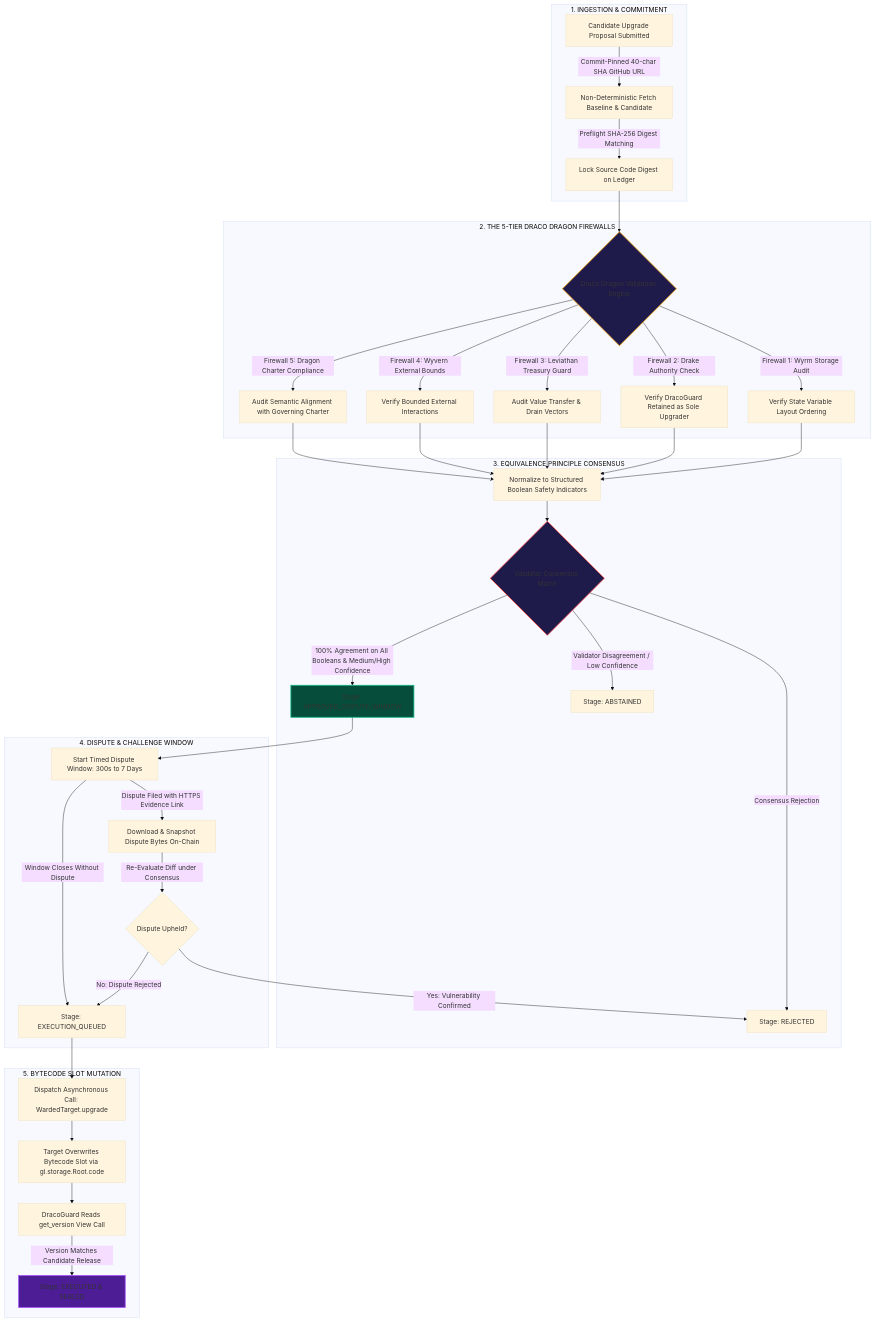
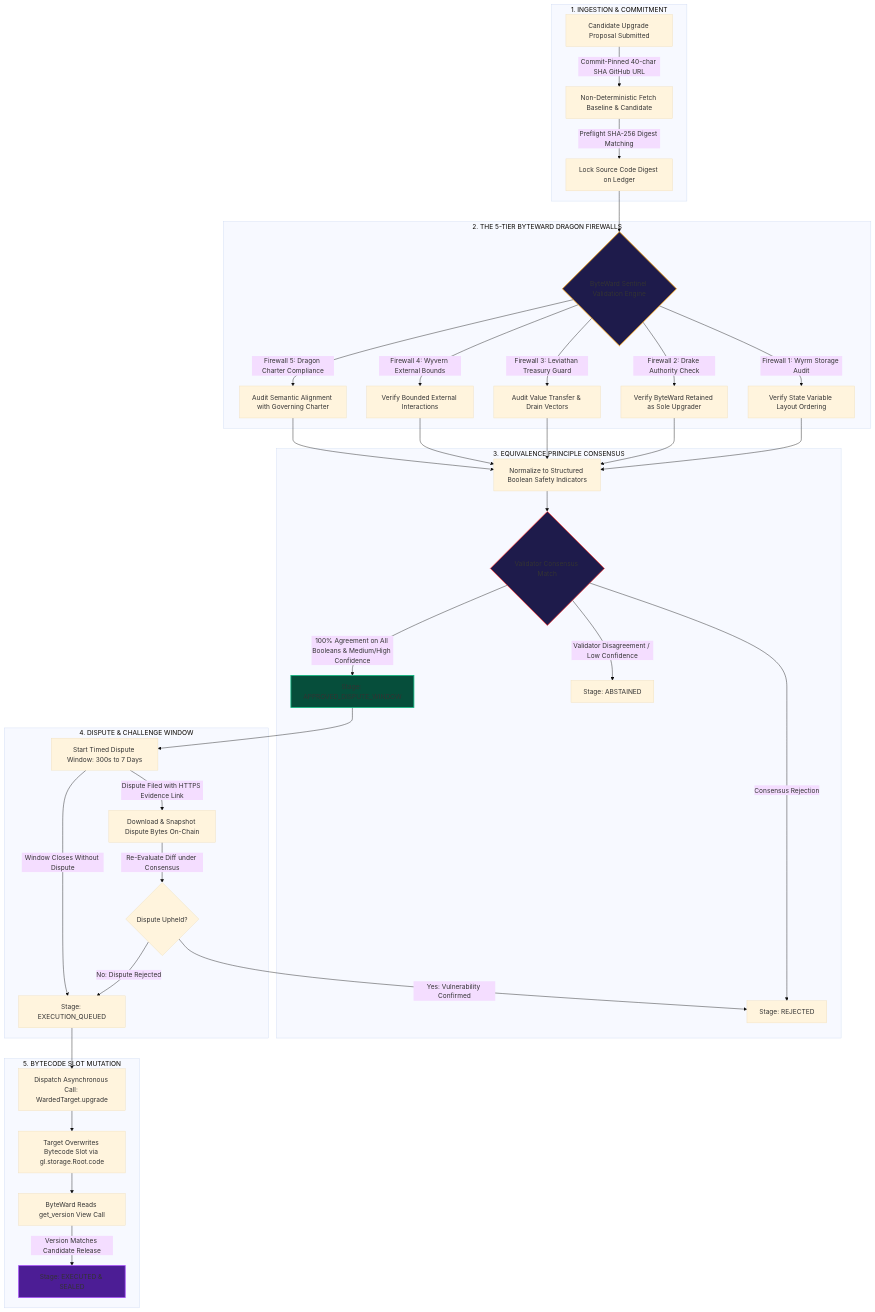
The diagram in README.md (ODbeke/byteward), drawn with Mermaid (base theme) before and after one commit. The commit also changed other lines of this file and 30 other files, not shown here.

Commit message:
rebrand: complete protocol rebranding to ByteWard across contracts, tests, and frontend

````diff
--- a/README.md
+++ b/README.md
@@ -13,45 +13,45 @@
 ```mermaid
 flowchart TD
     subgraph INGESTION["1. INGESTION & COMMITMENT"]
         A[Candidate Upgrade Proposal Submitted] -->|Commit-Pinned 40-char SHA GitHub URL| B[Non-Deterministic Fetch Baseline & Candidate]
         B -->|Preflight SHA-256 Digest Matching| C[Lock Source Code Digest on Ledger]
     end
 
-    subgraph FIREWALLS["2. THE 5-TIER DRACO DRAGON FIREWALLS"]
-        C --> D{Draco Dragon Validation Engine}
+    subgraph FIREWALLS["2. THE 5-TIER BYTEWARD DRAGON FIREWALLS"]
+        C --> D{ByteWard Sentinel Validation Engine}
         D -->|Firewall 1: Wyrm Storage Audit| E[Verify State Variable Layout Ordering]
-        D -->|Firewall 2: Drake Authority Check| F[Verify DracoGuard Retained as Sole Upgrader]
+        D -->|Firewall 2: Drake Authority Check| F[Verify ByteWard Retained as Sole Upgrader]
         D -->|Firewall 3: Leviathan Treasury Guard| G[Audit Value Transfer & Drain Vectors]
         D -->|Firewall 4: Wyvern External Bounds| H[Verify Bounded External Interactions]
         D -->|Firewall 5: Dragon Charter Compliance| I[Audit Semantic Alignment with Governing Charter]
     end
 
     subgraph CONSENSUS["3. EQUIVALENCE PRINCIPLE CONSENSUS"]
         E & F & G & H & I --> J[Normalize to Structured Boolean Safety Indicators]
         J --> K{Validator Consensus Match}
         K -->|100% Agreement on All Booleans & Medium/High Confidence| L[Stage: APPROVED_DISPUTE_WINDOW]
         K -->|Consensus Rejection| M[Stage: REJECTED]
         K -->|Validator Disagreement / Low Confidence| N[Stage: ABSTAINED]
     end
 
     subgraph DISPUTE["4. DISPUTE & CHALLENGE WINDOW"]
         L --> O[Start Timed Dispute Window: 300s to 7 Days]
         O -->|Dispute Filed with HTTPS Evidence Link| P[Download & Snapshot Dispute Bytes On-Chain]
         P -->|Re-Evaluate Diff under Consensus| Q{Dispute Upheld?}
         Q -->|Yes: Vulnerability Confirmed| M
         Q -->|No: Dispute Rejected| R[Stage: EXECUTION_QUEUED]
         O -->|Window Closes Without Dispute| R
     end
 
     subgraph EXECUTION["5. BYTECODE SLOT MUTATION"]
         R --> S[Dispatch Asynchronous Call: WardedTarget.upgrade]
         S --> T[Target Overwrites Bytecode Slot via gl.storage.Root.code]
-        T --> U[DracoGuard Reads get_version View Call]
+        T --> U[ByteWard Reads get_version View Call]
         U -->|Version Matches Candidate Release| V[Stage: EXECUTED & SEALED]
     end
 
     style D fill:#1e1b4b,stroke:#f59e0b,stroke-width:2px
     style K fill:#1e1b4b,stroke:#ef4444,stroke-width:2px
     style L fill:#064e3b,stroke:#10b981,stroke-width:2px
     style V fill:#4c1d95,stroke:#a855f7,stroke-width:2px
 ```
````
